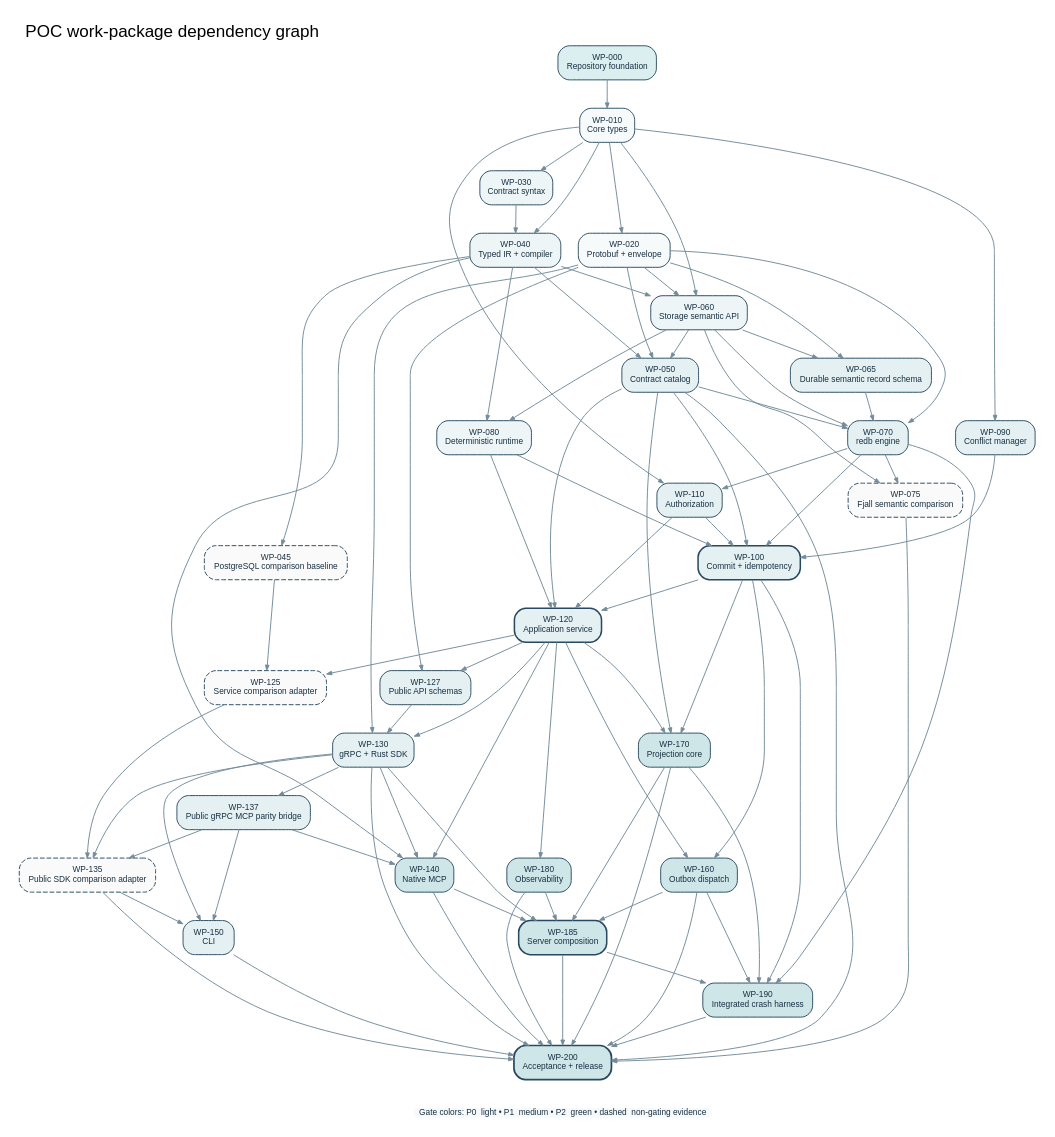
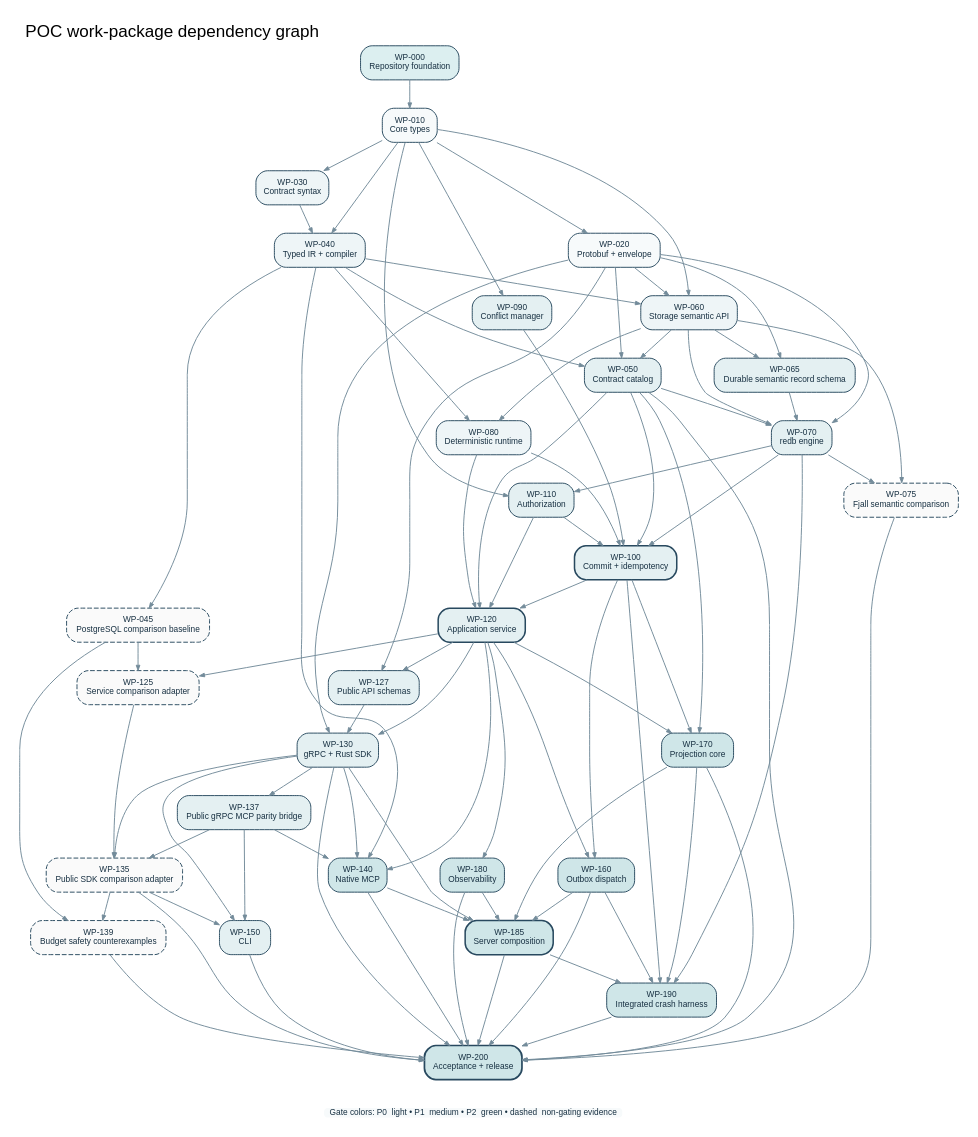
One commit to riffdb/riffdb changed the diagram in diagrams/work_package_dag.dot. Above: the diagram before and after it, drawn with Graphviz. The commit also changed 10 other files, not shown here.

```diff
--- a/diagrams/work_package_dag.dot
+++ b/diagrams/work_package_dag.dot
@@ -1,69 +1,71 @@
 digraph G {
   graph [rankdir=TB, bgcolor="white", pad="0.18", nodesep="0.25", ranksep="0.42", fontname="Liberation Sans", fontsize=18, label="POC work-package dependency graph", labelloc="t", labeljust="l"];
   node [shape=box, style="rounded,filled", fontname="Liberation Sans", fontsize=8.8, margin="0.10,0.06", color="#28495F", fillcolor="#F7FAFB", fontcolor="#173042"];
   edge [color="#738B9A", penwidth=1.0, arrowsize=0.55];
 
   wp000 [label="WP-000\nRepository foundation", fillcolor="#DCEFF0"];
   wp010 [label="WP-010\nCore types"];
   wp020 [label="WP-020\nProtobuf + envelope"];
   wp030 [label="WP-030\nContract syntax", fillcolor="#EEF5F7"];
   wp040 [label="WP-040\nTyped IR + compiler", fillcolor="#EEF5F7"];
   wp045 [label="WP-045\nPostgreSQL comparison baseline", style="rounded,filled,dashed", fillcolor="#FAFAFA"];
   wp050 [label="WP-050\nContract catalog", fillcolor="#E4F0F2"];
   wp060 [label="WP-060\nStorage semantic API", fillcolor="#EEF5F7"];
   wp065 [label="WP-065\nDurable semantic record schema", fillcolor="#E4F0F2"];
   wp070 [label="WP-070\nredb engine", fillcolor="#E4F0F2"];
   wp075 [label="WP-075\nFjall semantic comparison", style="rounded,filled,dashed", fillcolor="#FAFAFA"];
   wp080 [label="WP-080\nDeterministic runtime", fillcolor="#EEF5F7"];
   wp090 [label="WP-090\nConflict manager", fillcolor="#E4F0F2"];
   wp100 [label="WP-100\nCommit + idempotency", fillcolor="#E4F0F2", penwidth=1.6];
   wp110 [label="WP-110\nAuthorization", fillcolor="#E4F0F2"];
   wp120 [label="WP-120\nApplication service", fillcolor="#E4F0F2", penwidth=1.6];
   wp125 [label="WP-125\nService comparison adapter", style="rounded,filled,dashed", fillcolor="#FAFAFA"];
   wp127 [label="WP-127\nPublic API schemas", fillcolor="#E4F0F2"];
   wp130 [label="WP-130\ngRPC + Rust SDK", fillcolor="#E4F0F2"];
   wp135 [label="WP-135\nPublic SDK comparison adapter", style="rounded,filled,dashed", fillcolor="#FAFAFA"];
   wp137 [label="WP-137\nPublic gRPC MCP parity bridge", fillcolor="#E4F0F2"];
+  wp139 [label="WP-139\nBudget safety counterexamples", style="rounded,filled,dashed", fillcolor="#FAFAFA"];
   wp140 [label="WP-140\nNative MCP", fillcolor="#CFE6E8"];
   wp150 [label="WP-150\nCLI", fillcolor="#E4F0F2"];
   wp160 [label="WP-160\nOutbox dispatch", fillcolor="#CFE6E8"];
   wp170 [label="WP-170\nProjection core", fillcolor="#CFE6E8"];
   wp180 [label="WP-180\nObservability", fillcolor="#CFE6E8"];
   wp185 [label="WP-185\nServer composition", fillcolor="#CFE6E8", penwidth=1.6];
   wp190 [label="WP-190\nIntegrated crash harness", fillcolor="#CFE6E8"];
   wp200 [label="WP-200\nAcceptance + release", fillcolor="#CFE6E8", penwidth=1.8];
 
   key [shape=plain, label="Gate colors: P0  light • P1  medium • P2  green • dashed  non-gating evidence"];
 
   wp000 -> wp010;
   wp010 -> {wp020 wp030 wp090};
   wp030 -> wp040;
   wp010 -> {wp040 wp060};
   wp020 -> {wp050 wp060 wp070};
   wp040 -> {wp045 wp050 wp060 wp080};
   wp020 -> wp065;
   wp060 -> {wp050 wp065 wp070 wp075 wp080};
   {wp050 wp065} -> wp070;
   wp070 -> wp075;
   wp010 -> wp110;
   wp070 -> wp110;
   {wp050 wp070 wp080 wp090 wp110} -> wp100;
   {wp050 wp080 wp100 wp110} -> wp120;
   {wp020 wp120} -> wp127;
   {wp020 wp120 wp127} -> wp130;
   {wp045 wp120} -> wp125;
   {wp125 wp130} -> wp135;
   wp130 -> wp137;
   wp137 -> wp135;
+  {wp045 wp135} -> wp139;
   {wp040 wp120 wp130} -> wp140;
   wp137 -> wp140;
   wp130 -> wp150;
   {wp135 wp137} -> wp150;
   {wp100 wp120} -> {wp160 wp170};
   wp050 -> wp170;
   wp120 -> wp180;
   {wp130 wp140 wp160 wp170 wp180} -> wp185;
   {wp070 wp100 wp160 wp170 wp185} -> wp190;
-  {wp050 wp075 wp130 wp135 wp140 wp150 wp160 wp170 wp180 wp185 wp190} -> wp200;
+  {wp050 wp075 wp130 wp135 wp139 wp140 wp150 wp160 wp170 wp180 wp185 wp190} -> wp200;
   wp200 -> key [style=invis];
 }
```
